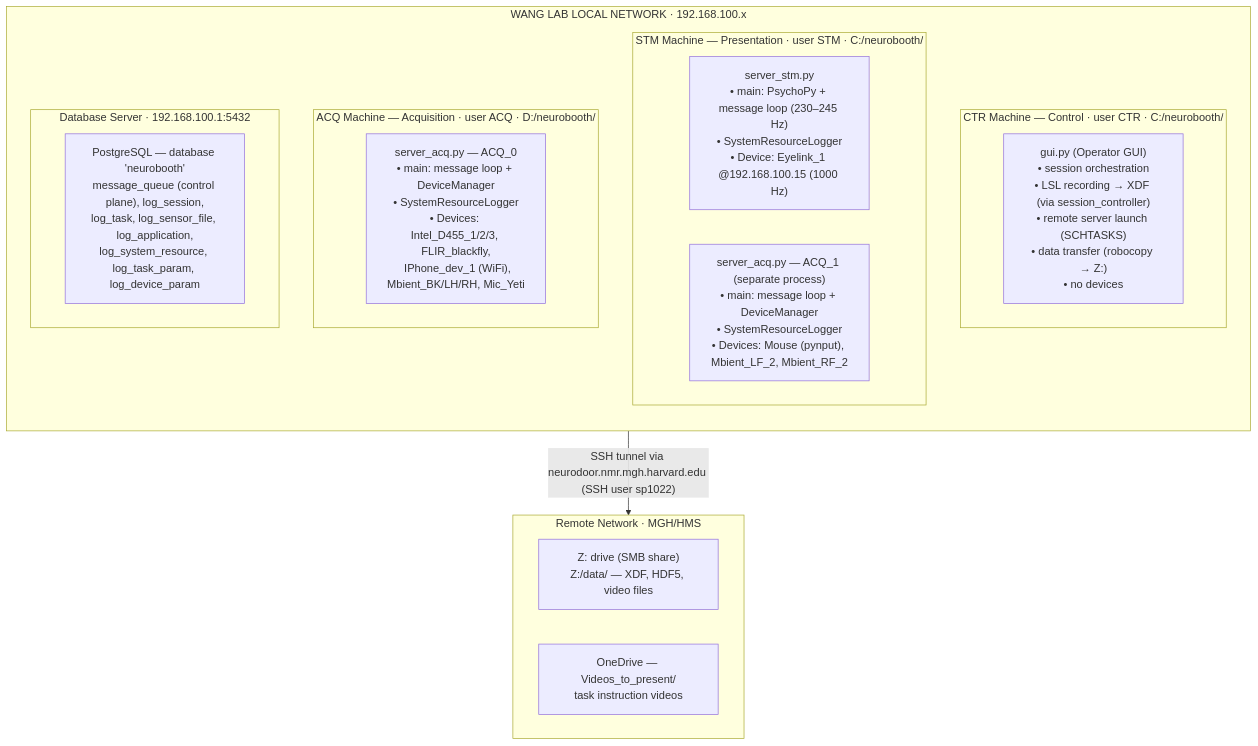
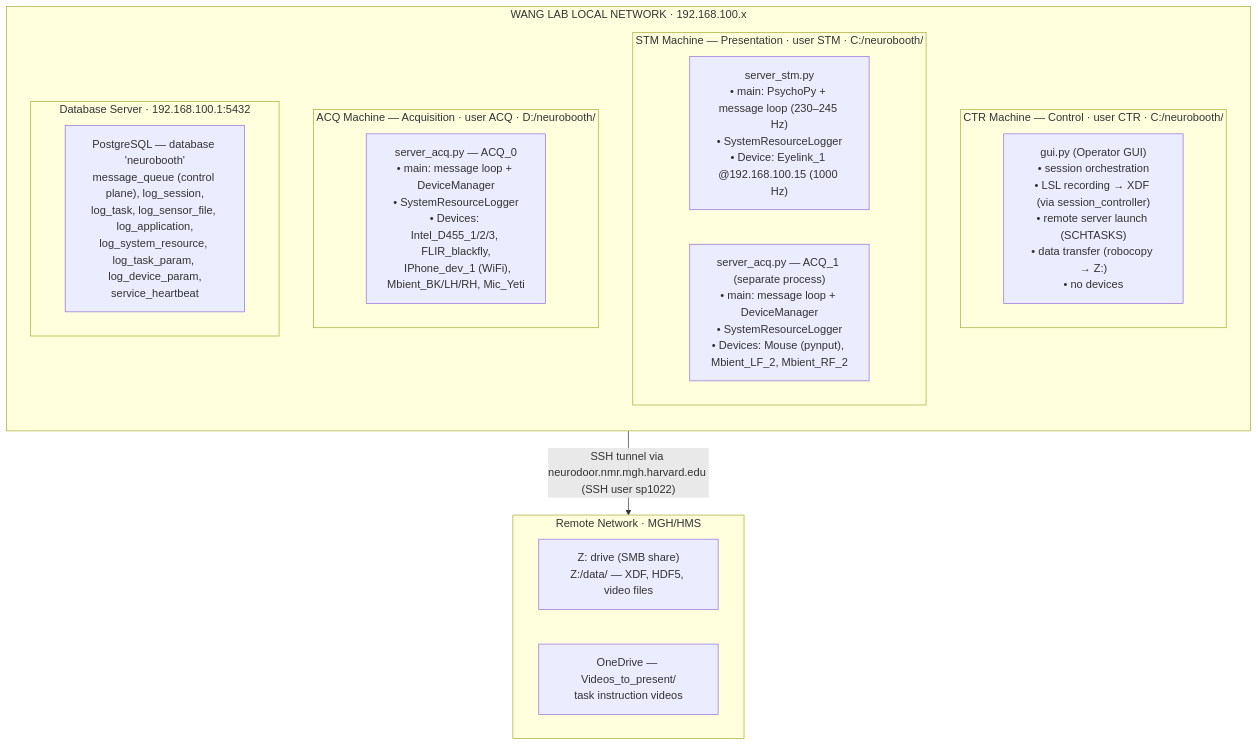
Before and after one commit to neurobooth/neurobooth-os: the diagram in docs/arch/wang_system_diagram.md, drawn with Mermaid. The commit also changed 12 other files, not shown here.

````diff
--- a/docs/arch/wang_system_diagram.md
+++ b/docs/arch/wang_system_diagram.md
@@ -5,30 +5,30 @@
 ```mermaid
 flowchart TB
     subgraph WANG["WANG LAB LOCAL NETWORK · 192.168.100.x"]
         direction TB
 
         subgraph CTR["CTR Machine — Control · user CTR · C:/neurobooth/"]
             CTRp["gui.py (Operator GUI)<br/>• session orchestration<br/>• LSL recording → XDF (via session_controller)<br/>• remote server launch (SCHTASKS)<br/>• data transfer (robocopy → Z:)<br/>• no devices"]
         end
 
         subgraph STM["STM Machine — Presentation · user STM · C:/neurobooth/"]
             STMp["server_stm.py<br/>• main: PsychoPy + message loop (230–245 Hz)<br/>• SystemResourceLogger<br/>• Device: Eyelink_1 @192.168.100.15 (1000 Hz)"]
             STMa["server_acq.py — ACQ_1 (separate process)<br/>• main: message loop + DeviceManager<br/>• SystemResourceLogger<br/>• Devices: Mouse (pynput), Mbient_LF_2, Mbient_RF_2"]
         end
 
         subgraph ACQ["ACQ Machine — Acquisition · user ACQ · D:/neurobooth/"]
             ACQp["server_acq.py — ACQ_0<br/>• main: message loop + DeviceManager<br/>• SystemResourceLogger<br/>• Devices: Intel_D455_1/2/3, FLIR_blackfly,<br/>&nbsp;&nbsp;IPhone_dev_1 (WiFi), Mbient_BK/LH/RH, Mic_Yeti"]
         end
 
         subgraph DB["Database Server · 192.168.100.1:5432"]
-            DBt["PostgreSQL — database 'neurobooth'<br/>message_queue (control plane), log_session,<br/>log_task, log_sensor_file, log_application,<br/>log_system_resource, log_task_param, log_device_param"]
+            DBt["PostgreSQL — database 'neurobooth'<br/>message_queue (control plane), log_session,<br/>log_task, log_sensor_file, log_application,<br/>log_system_resource, log_task_param, log_device_param,<br/>service_heartbeat"]
         end
     end
 
     subgraph REMOTE["Remote Network · MGH/HMS"]
         Z["Z: drive (SMB share)<br/>Z:/data/ — XDF, HDF5, video files"]
         DROP["OneDrive — Videos_to_present/<br/>task instruction videos"]
     end
 
     WANG -- "SSH tunnel via neurodoor.nmr.mgh.harvard.edu (SSH user sp1022)" --> REMOTE
 ```
````
